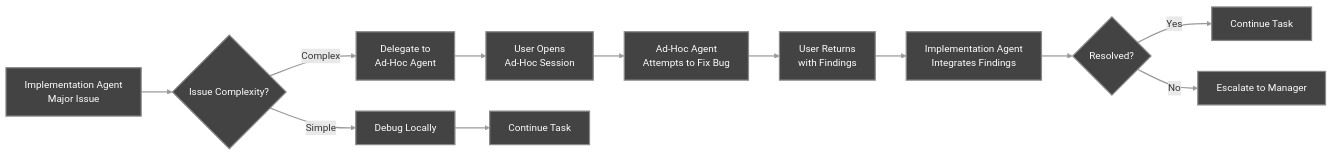
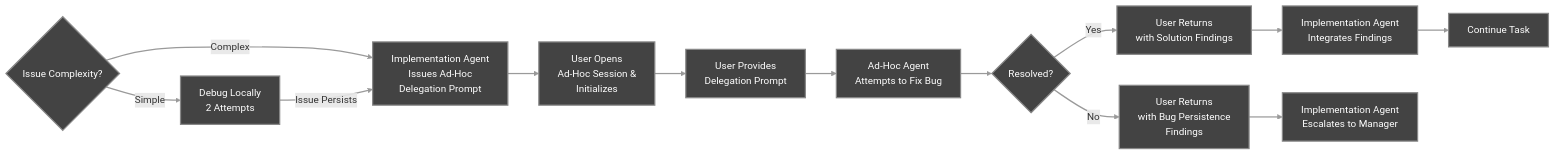
The fourth of 5 diagrams in docs/Workflow_Overview.md (sdi2200262/agentic-project-management), drawn with Mermaid before and after one commit. The commit also changed other lines of this file and 9 other files, not shown here.

````diff
--- a/docs/Workflow_Overview.md
+++ b/docs/Workflow_Overview.md
@@ -252,19 +252,20 @@
 ```mermaid
 graph LR
-    A[Implementation Agent<br/>Major Issue] --> B{Issue Complexity?}
-    B -->|Simple| C[Debug Locally]
-    B -->|Complex| D[Delegate to<br/>Ad-Hoc Agent]
-    
-    D --> E[User Opens<br/>Ad-Hoc Session]
-    E --> F[Ad-Hoc Agent<br/>Attempts to Fix Bug]
-    F --> G[User Returns<br/>with Findings]
-    G --> H[Implementation Agent<br/>Integrates Findings]
-    H --> I{Resolved?}
-    I -->|Yes| J[Continue Task]
-    I -->|No| K[Escalate to Manager]
-    
-    C --> L[Continue Task]
+    B{Issue Complexity?}
+    B -->|Simple| C[Debug Locally<br/>2 Attempts]
+    B -->|Complex| D[Implementation Agent<br/>Issues Ad-Hoc<br/>Delegation Prompt]
+    C -->|Issue Persists| D
+
+    D --> E[User Opens<br/>Ad-Hoc Session &<br/>Initializes]
+    E --> F[User Provides<br/>Delegation Prompt]
+    F --> G[Ad-Hoc Agent<br/>Attempts to Fix Bug]
+    G --> H{Resolved?}
+    H -->|Yes| I[User Returns<br/>with Solution Findings]
+    H -->|No| J[User Returns<br/>with Bug Persistence<br/>Findings]
+    I --> K[Implementation Agent<br/>Integrates Findings]
+    K --> L[Continue Task]
+    J --> M[Implementation Agent<br/>Escalates to Manager]
     
     classDef default fill:#434343,stroke:#888888,stroke-width:2px,color:#ffffff
     linkStyle default stroke:#9A9A9A,stroke-width:2px
 ```
````
